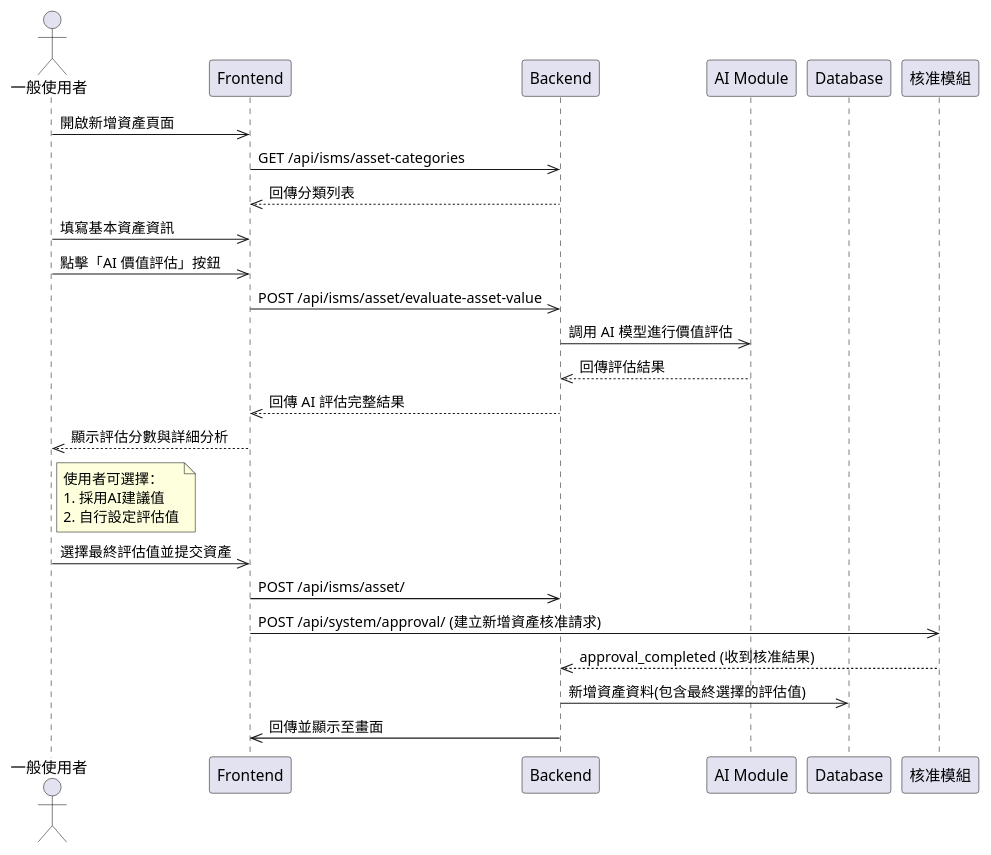
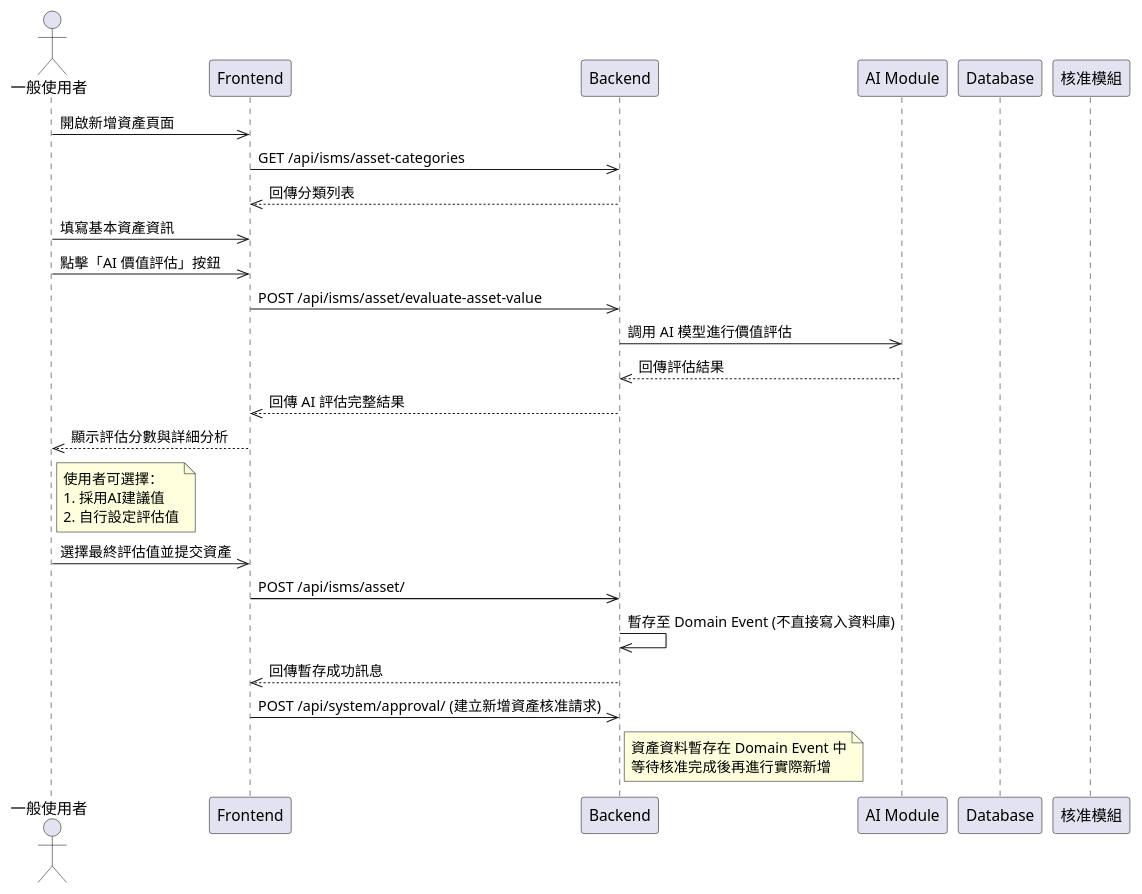
One commit to walle45611/NTUB_SecuManag_Diagram changed the diagram in plantUML/sequence/asset_create.puml. Above: the diagram before and after it, drawn with PlantUML. The commit also changed 6 other files, not shown here.

Commit message:
feat: 更新流程圖，將核准請求暫存至 Domain Event 以改善資料處理流程

```diff
--- a/plantUML/sequence/asset_create.puml
+++ b/plantUML/sequence/asset_create.puml
@@ -1,26 +1,26 @@
 @startuml
 actor User as "一般使用者"
 participant Frontend
 participant Backend
 participant "AI Module" as AI
 participant Database
 participant Approval as "核准模組"
 
 User->>Frontend: 開啟新增資產頁面
 Frontend->>Backend: GET /api/isms/asset-categories
 Backend-->>Frontend: 回傳分類列表
 User->>Frontend: 填寫基本資產資訊
 User->>Frontend: 點擊「AI 價值評估」按鈕
 Frontend->>Backend: POST /api/isms/asset/evaluate-asset-value
 Backend->>AI: 調用 AI 模型進行價值評估
 AI-->>Backend: 回傳評估結果
 Backend-->>Frontend: 回傳 AI 評估完整結果
 Frontend-->>User: 顯示評估分數與詳細分析
 note right of User: 使用者可選擇：\n1. 採用AI建議值\n2. 自行設定評估值
 User->>Frontend: 選擇最終評估值並提交資產
 Frontend->>Backend: POST /api/isms/asset/
-Frontend->>Approval: POST /api/system/approval/ (建立新增資產核准請求)
-Approval-->>Backend: approval_completed (收到核准結果)
-Backend->>Database: 新增資產資料(包含最終選擇的評估值)
-Backend->>Frontend: 回傳並顯示至畫面
+Backend->>Backend: 暫存至 Domain Event (不直接寫入資料庫)
+Backend-->>Frontend: 回傳暫存成功訊息
+Frontend->>Backend: POST /api/system/approval/ (建立新增資產核准請求)
+note right of Backend: 資產資料暫存在 Domain Event 中\n等待核准完成後再進行實際新增
 @enduml
```
